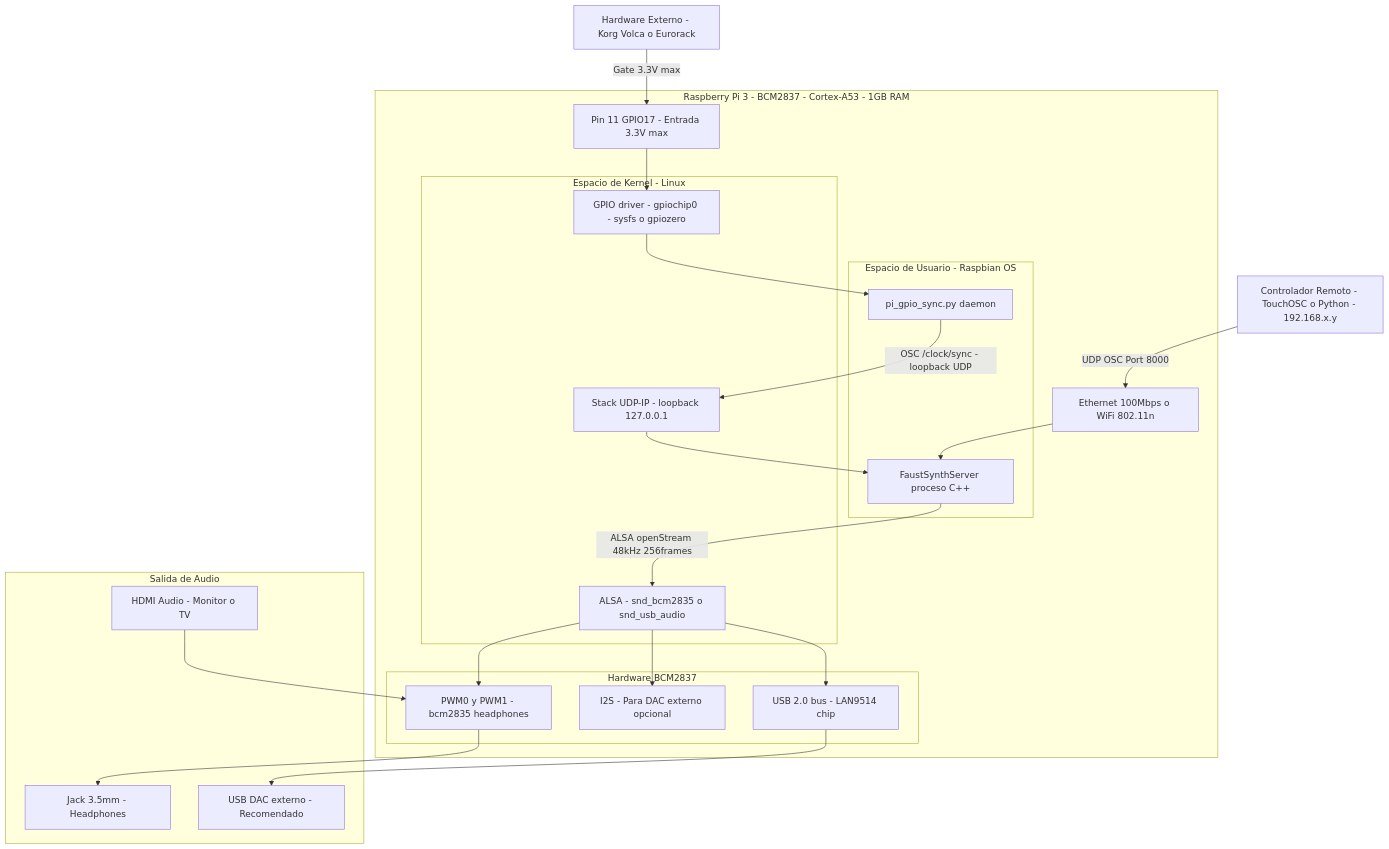
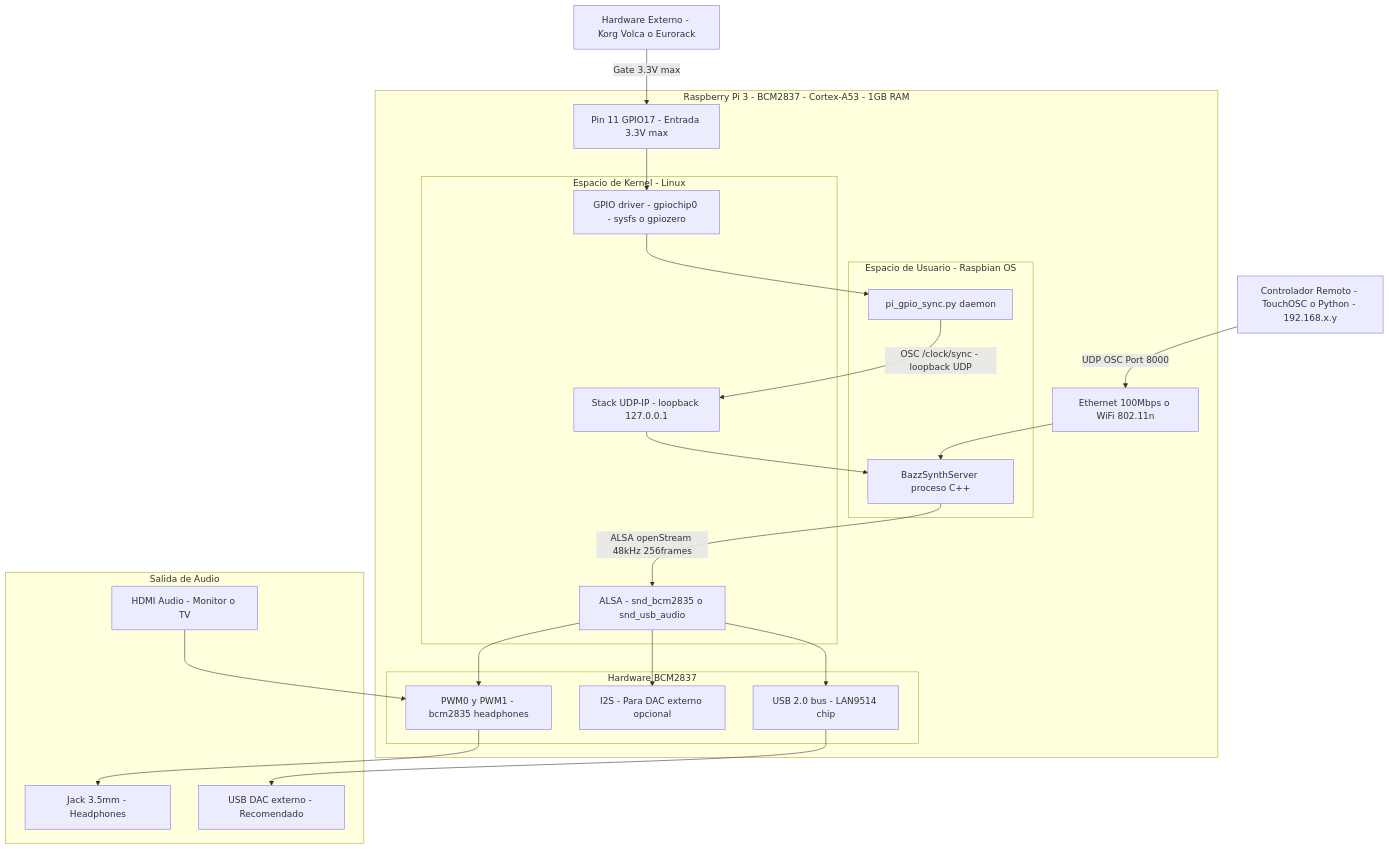
Before and after one commit to Zann181/sintetizador: the seventh of 12 diagrams in README.md, drawn with Mermaid. The commit also changed other lines of this file, not shown here.

````diff
--- a/README.md
+++ b/README.md
@@ -928,50 +928,50 @@
 ```mermaid
 graph TD
     LAN_CLIENT["Controlador Remoto - TouchOSC o Python - 192.168.x.y"]
     GPIO_DEVICE["Hardware Externo - Korg Volca o Eurorack"]
 
     subgraph RPI3["Raspberry Pi 3 - BCM2837 - Cortex-A53 - 1GB RAM"]
         ETH_WIFI["Ethernet 100Mbps o WiFi 802.11n"]
         GPIO17_NODE["Pin 11 GPIO17 - Entrada 3.3V max"]
 
         subgraph USER_SPACE["Espacio de Usuario - Raspbian OS"]
-            SYNTH_PROC["FaustSynthServer proceso C++"]
+            SYNTH_PROC["BazzSynthServer proceso C++"]
             GPIO_DAEMON["pi_gpio_sync.py daemon"]
         end
 
         subgraph KERNEL_SPACE["Espacio de Kernel - Linux"]
             ALSA_DRIVER["ALSA - snd_bcm2835 o snd_usb_audio"]
             GPIO_DRIVER["GPIO driver - gpiochip0 - sysfs o gpiozero"]
             NET_STACK["Stack UDP-IP - loopback 127.0.0.1"]
         end
 
         subgraph HARDWARE_LAYER["Hardware BCM2837"]
             BCM_PWM["PWM0 y PWM1 - bcm2835 headphones"]
             BCM_I2S["I2S - Para DAC externo opcional"]
             USB_BUS["USB 2.0 bus - LAN9514 chip"]
         end
     end
 
     subgraph AUDIO_OUT["Salida de Audio"]
         JACK_35["Jack 3.5mm - Headphones"]
         USB_DAC["USB DAC externo - Recomendado"]
         HDMI_AUDIO["HDMI Audio - Monitor o TV"]
     end
 
     LAN_CLIENT -->|"UDP OSC Port 8000"| ETH_WIFI
     GPIO_DEVICE -->|"Gate 3.3V max"| GPIO17_NODE
 
     ETH_WIFI --> SYNTH_PROC
     GPIO17_NODE --> GPIO_DRIVER
     GPIO_DRIVER --> GPIO_DAEMON
     GPIO_DAEMON -->|"OSC /clock/sync - loopback UDP"| NET_STACK
     NET_STACK --> SYNTH_PROC
 
     SYNTH_PROC -->|"ALSA openStream 48kHz 256frames"| ALSA_DRIVER
     ALSA_DRIVER --> BCM_PWM
     ALSA_DRIVER --> USB_BUS
     ALSA_DRIVER --> BCM_I2S
     BCM_PWM --> JACK_35
     USB_BUS --> USB_DAC
     HDMI_AUDIO --> BCM_PWM
 ```
````
